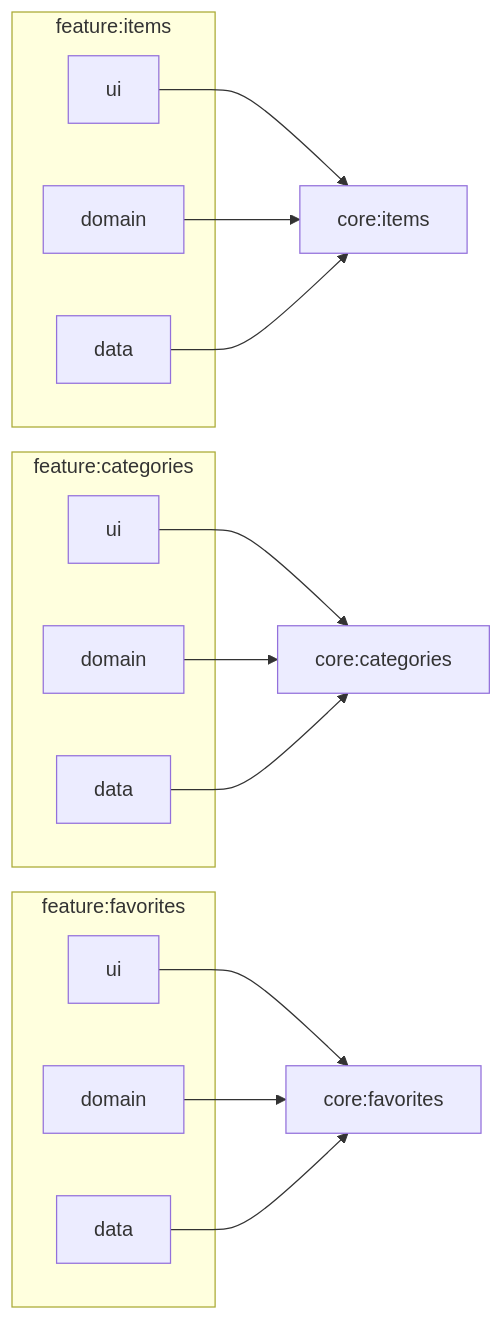
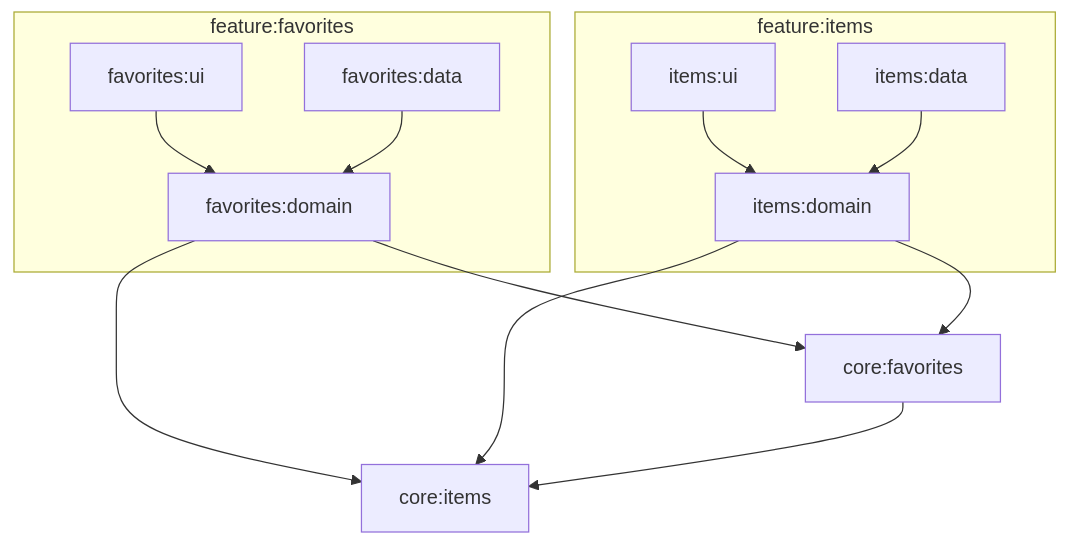
The fourth of 11 diagrams in README.md (Ashanen/Castociasto), drawn with Mermaid before and after one commit. The commit also changed other lines of this file, not shown here.

Commit message:
Update README: UI -> Domain <- Data diagrams, single-feature and cross-feature examples

````diff
--- a/README.md
+++ b/README.md
@@ -152,36 +164,18 @@
 ```mermaid
-graph LR
-    subgraph Items["feature:items"]
-        IU[ui]
-        ID[domain]
-        IData[data]
+graph TB
+    subgraph "feature:favorites"
+        FU[favorites:ui] --> FDom[favorites:domain]
+        FData[favorites:data] --> FDom
     end
 
-    subgraph Categories["feature:categories"]
-        CU[ui]
-        CD[domain]
-        CData[data]
+    subgraph "feature:items"
+        IU[items:ui] --> IDom[items:domain]
+        IData[items:data] --> IDom
     end
 
-    subgraph Favorites["feature:favorites"]
-        FU[ui]
-        FD[domain]
-        FData[data]
-    end
-
-    CoreItems[core:items]
-    CoreCat[core:categories]
-    CoreFav[core:favorites]
-
-    IU --> CoreItems
-    ID --> CoreItems
-    IData --> CoreItems
-
-    CU --> CoreCat
-    CD --> CoreCat
-    CData --> CoreCat
-
-    FU --> CoreFav
-    FD --> CoreFav
-    FData --> CoreFav
+    FDom --> CoreFav[core:favorites]
+    FDom --> CoreItems[core:items]
+    IDom --> CoreItems
+    IDom --> CoreFav
+    CoreFav --> CoreItems
 ```
````
